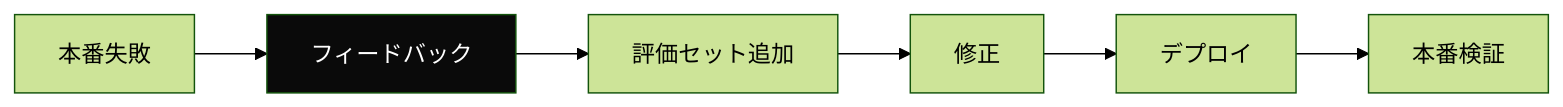
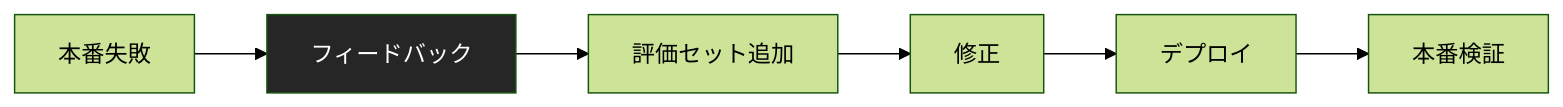
Before and after one commit to dinekt/dinekt-wiki: the third of 4 diagrams in docs/concepts/ai-開発の速度と品質は両立できる.md, drawn with Mermaid (forest theme). The commit also changed other lines of this file and 71 other files, not shown here.

First line of the commit message:
fix: mermaid readability + remove GitHub repo toolbar

````diff
--- a/docs/concepts/ai-開発の速度と品質は両立できる.md
+++ b/docs/concepts/ai-開発の速度と品質は両立できる.md
@@ -73,10 +73,10 @@
 ```mermaid
 flowchart LR
     B[本番失敗] --> F[フィードバック]
     F --> E[評価セット追加]
     E --> M[修正]
     M --> D[デプロイ]
     D --> V[本番検証]
 
-    style F fill:#0a0a0a,color:#fff
+    style F fill:#262626,color:#fff
 ```
````
